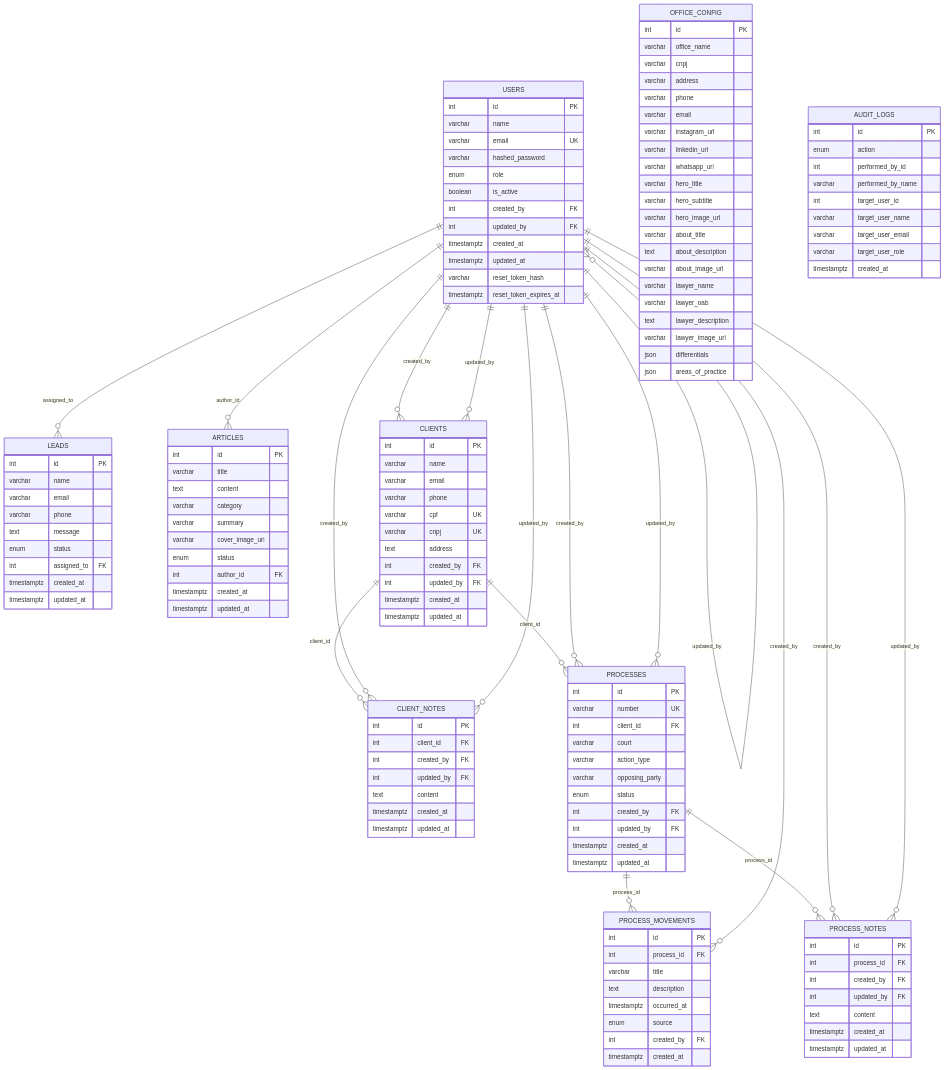
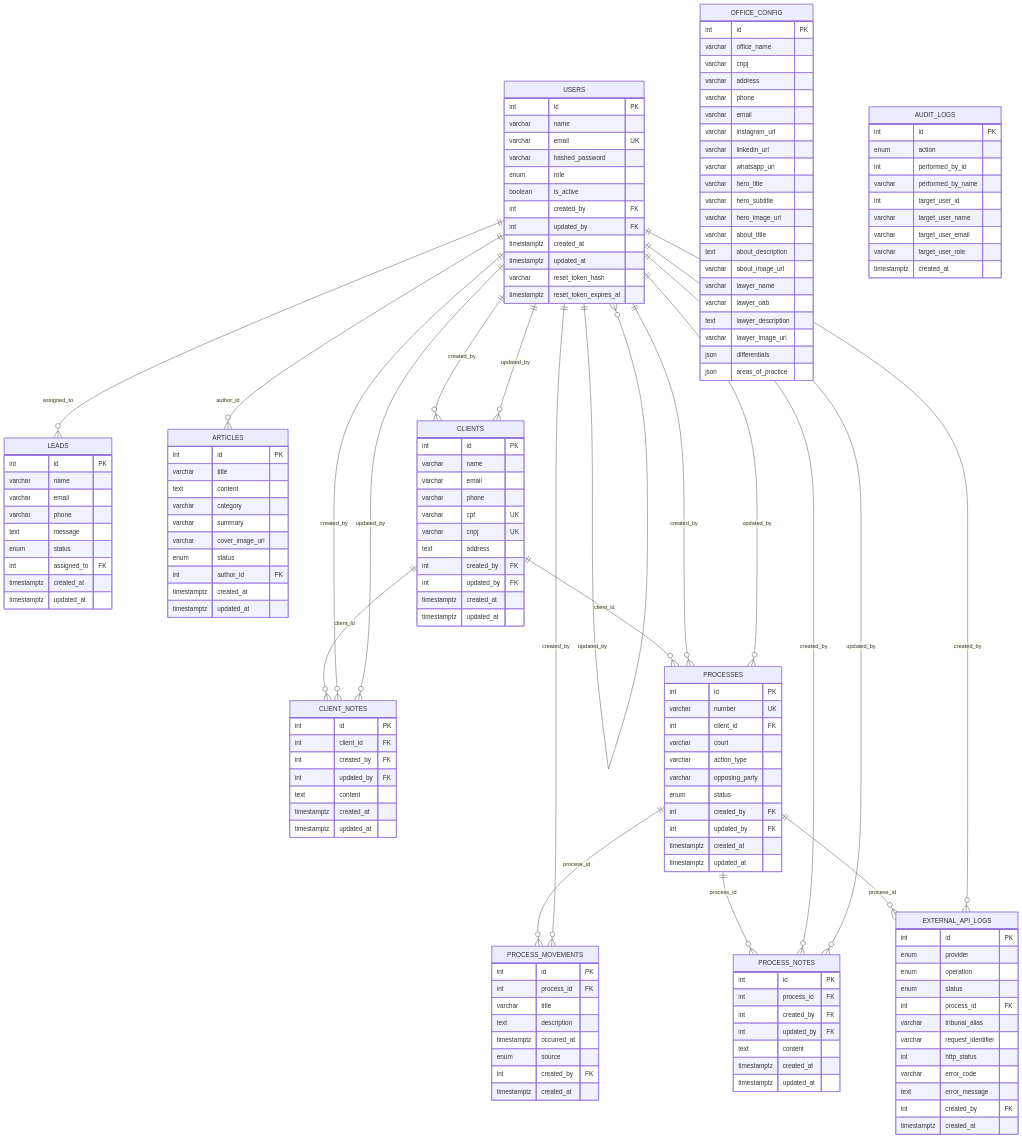
One commit to samarawwleticia/tppe-advocacia-docs changed the diagram in docs/arquitetura/modelo-fisico.md. Above: the diagram before and after it, drawn with Mermaid. The commit also changed other lines of this file and 3 other files, not shown here.

````diff
--- a/docs/arquitetura/modelo-fisico.md
+++ b/docs/arquitetura/modelo-fisico.md
@@ -132,6 +132,21 @@
         timestamptz updated_at
     }
 
+    EXTERNAL_API_LOGS {
+        int id PK
+        enum provider
+        enum operation
+        enum status
+        int process_id FK
+        varchar tribunal_alias
+        varchar request_identifier
+        int http_status
+        varchar error_code
+        text error_message
+        int created_by FK
+        timestamptz created_at
+    }
+
     AUDIT_LOGS {
         int id PK
         enum action
@@ -161,4 +176,6 @@
     PROCESSES ||--o{ PROCESS_NOTES : process_id
     USERS ||--o{ PROCESS_NOTES : created_by
     USERS ||--o{ PROCESS_NOTES : updated_by
+    PROCESSES ||--o{ EXTERNAL_API_LOGS : process_id
+    USERS ||--o{ EXTERNAL_API_LOGS : created_by
 ```
````
